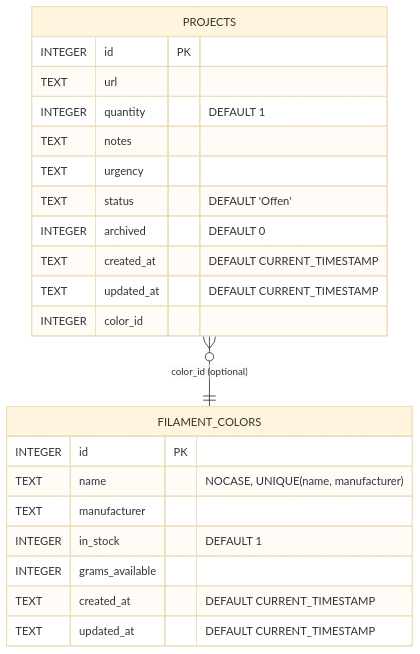
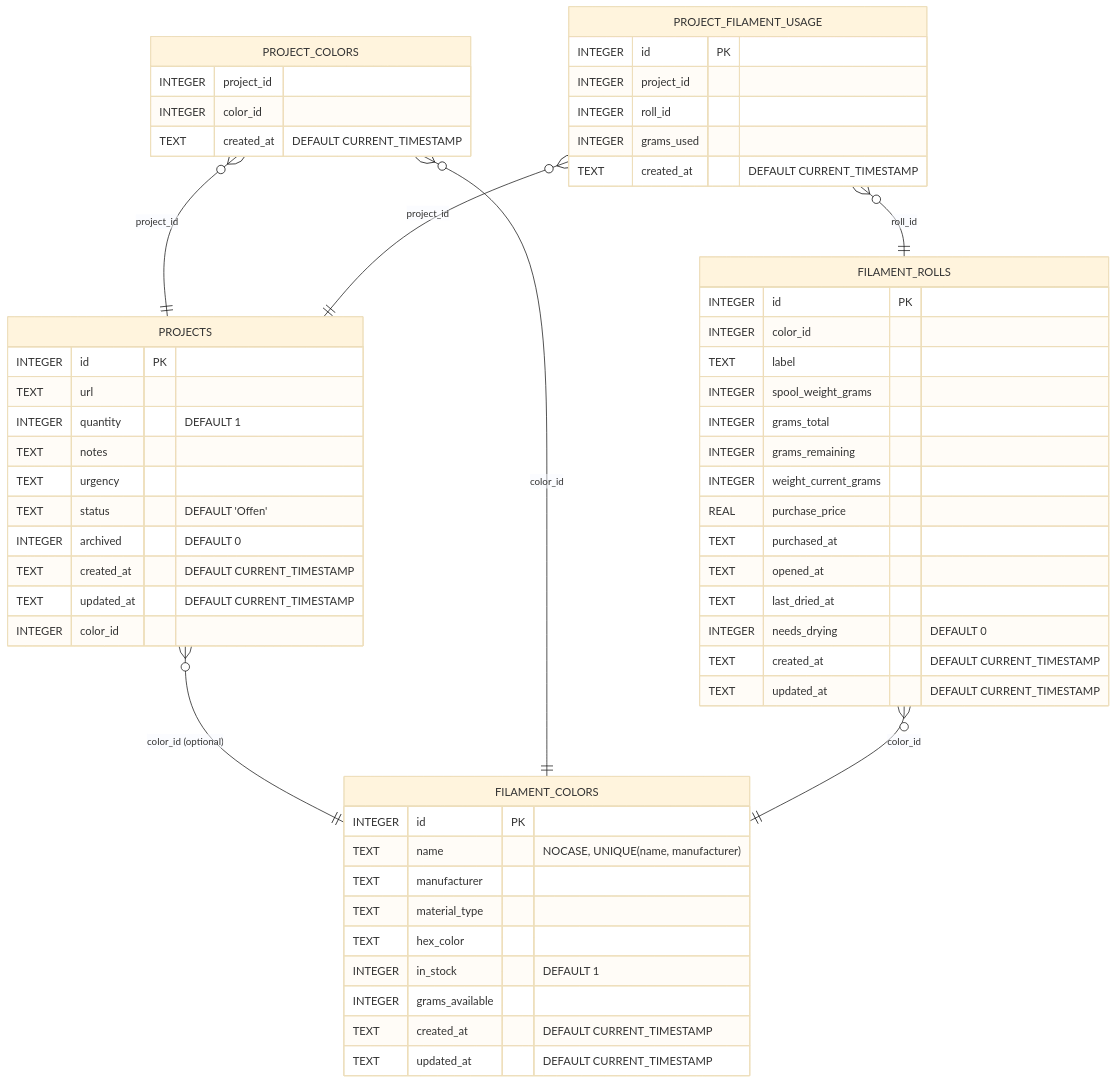
One commit to Aceless34/PrintingQueue changed the diagram in database-schema.mmd. Above: the diagram before and after it, drawn with Mermaid (base theme). The commit also changed 2 other files, not shown here.

Commit message:
docs: update API and schema for filament inventory

```diff
--- a/database-schema.mmd
+++ b/database-schema.mmd
@@ -1,30 +1,70 @@
 %% Auto-generated from SQLite schema in backend/data/printingqueue.db
 %% Note: No foreign keys are declared in the database.
 %% Extended to include a manufacturer field for filament colors (requested).
+
+%% Updated to include filament rolls, multi-color projects, and usage tracking.
 
 erDiagram
   FILAMENT_COLORS {
     INTEGER id PK
     TEXT name "NOCASE, UNIQUE(name, manufacturer)"
     TEXT manufacturer
+    TEXT material_type
+    TEXT hex_color
     INTEGER in_stock "DEFAULT 1"
     INTEGER grams_available
+    TEXT created_at "DEFAULT CURRENT_TIMESTAMP"
+    TEXT updated_at "DEFAULT CURRENT_TIMESTAMP"
+  }
+
+  FILAMENT_ROLLS {
+    INTEGER id PK
+    INTEGER color_id
+    TEXT label
+    INTEGER spool_weight_grams
+    INTEGER grams_total
+    INTEGER grams_remaining
+    INTEGER weight_current_grams
+    REAL purchase_price
+    TEXT purchased_at
+    TEXT opened_at
+    TEXT last_dried_at
+    INTEGER needs_drying "DEFAULT 0"
     TEXT created_at "DEFAULT CURRENT_TIMESTAMP"
     TEXT updated_at "DEFAULT CURRENT_TIMESTAMP"
   }
 
   PROJECTS {
     INTEGER id PK
     TEXT url
     INTEGER quantity "DEFAULT 1"
     TEXT notes
     TEXT urgency
     TEXT status "DEFAULT 'Offen'"
     INTEGER archived "DEFAULT 0"
     TEXT created_at "DEFAULT CURRENT_TIMESTAMP"
     TEXT updated_at "DEFAULT CURRENT_TIMESTAMP"
     INTEGER color_id
   }
 
-  %% Conceptual link (not enforced by FK): projects.color_id -> filament_colors.id
+  PROJECT_COLORS {
+    INTEGER project_id
+    INTEGER color_id
+    TEXT created_at "DEFAULT CURRENT_TIMESTAMP"
+  }
+
+  PROJECT_FILAMENT_USAGE {
+    INTEGER id PK
+    INTEGER project_id
+    INTEGER roll_id
+    INTEGER grams_used
+    TEXT created_at "DEFAULT CURRENT_TIMESTAMP"
+  }
+
+  %% Conceptual links (not enforced by FK)
   PROJECTS }o--|| FILAMENT_COLORS : "color_id (optional)"
+  PROJECT_COLORS }o--|| PROJECTS : "project_id"
+  PROJECT_COLORS }o--|| FILAMENT_COLORS : "color_id"
+  FILAMENT_ROLLS }o--|| FILAMENT_COLORS : "color_id"
+  PROJECT_FILAMENT_USAGE }o--|| PROJECTS : "project_id"
+  PROJECT_FILAMENT_USAGE }o--|| FILAMENT_ROLLS : "roll_id"
```
